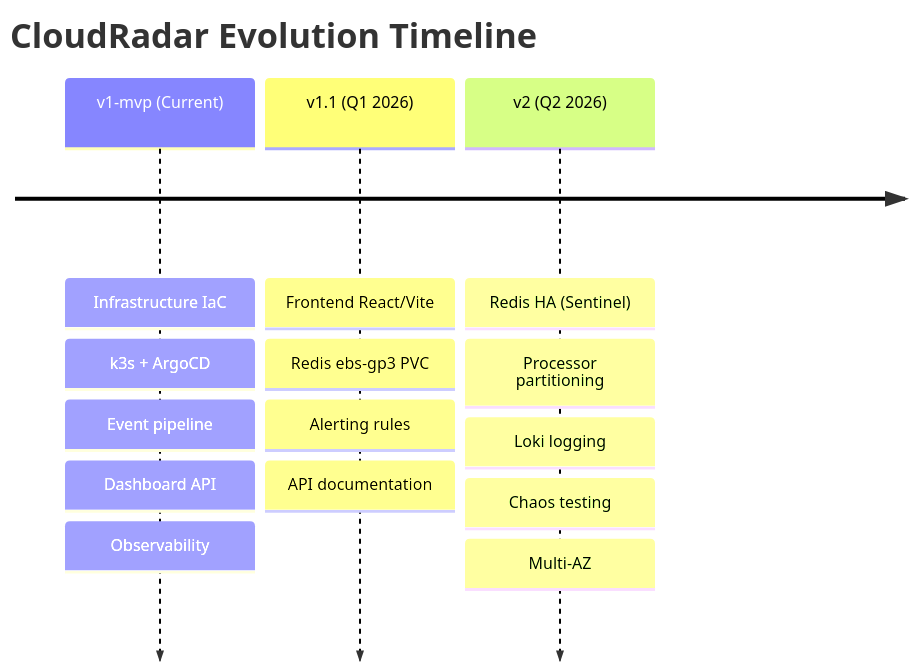
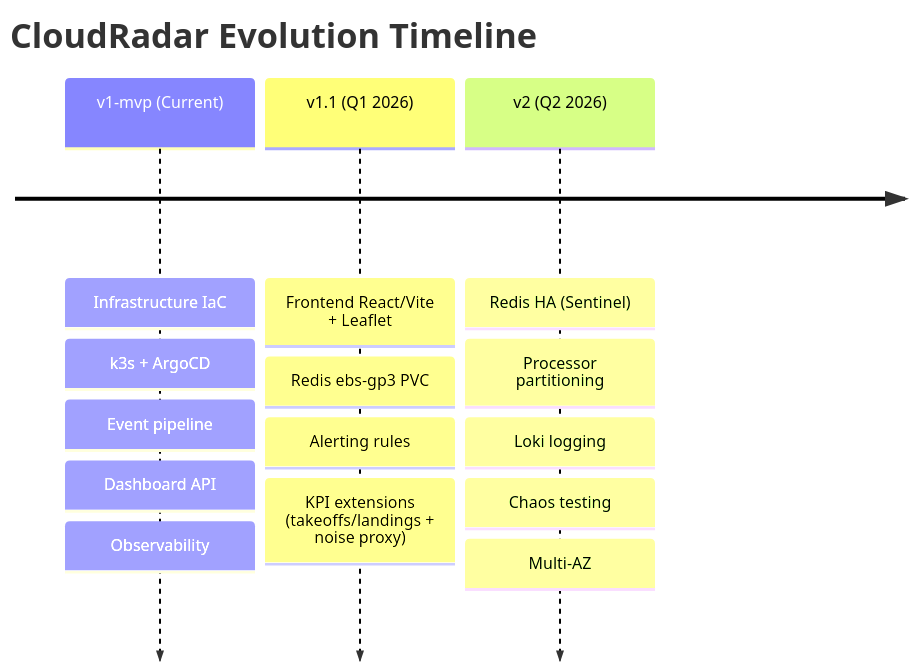
One commit to ClementV78/CloudRadar changed diagram 26 of 28 in docs/architecture/technical-architecture-document.md. Above: the diagram before and after it, drawn with Mermaid. The commit also changed other lines of this file and 1 other file, not shown here.

First line of the commit message:
docs(architecture): align technical architecture docs

````diff
--- a/docs/architecture/technical-architecture-document.md
+++ b/docs/architecture/technical-architecture-document.md
@@ -879,21 +910,21 @@
 ```mermaid
 timeline
     title CloudRadar Evolution Timeline
     
     v1-mvp (Current) : Infrastructure IaC
                      : k3s + ArgoCD
                      : Event pipeline
                      : Dashboard API
                      : Observability
     
-    v1.1 (Q1 2026) : Frontend React/Vite
+    v1.1 (Q1 2026) : Frontend React/Vite + Leaflet
                    : Redis ebs-gp3 PVC
                    : Alerting rules
-                   : API documentation
+                   : KPI extensions (takeoffs/landings + noise proxy)
     
     v2 (Q2 2026) : Redis HA (Sentinel)
                  : Processor partitioning
                  : Loki logging
                  : Chaos testing
                  : Multi-AZ
 ```
````
